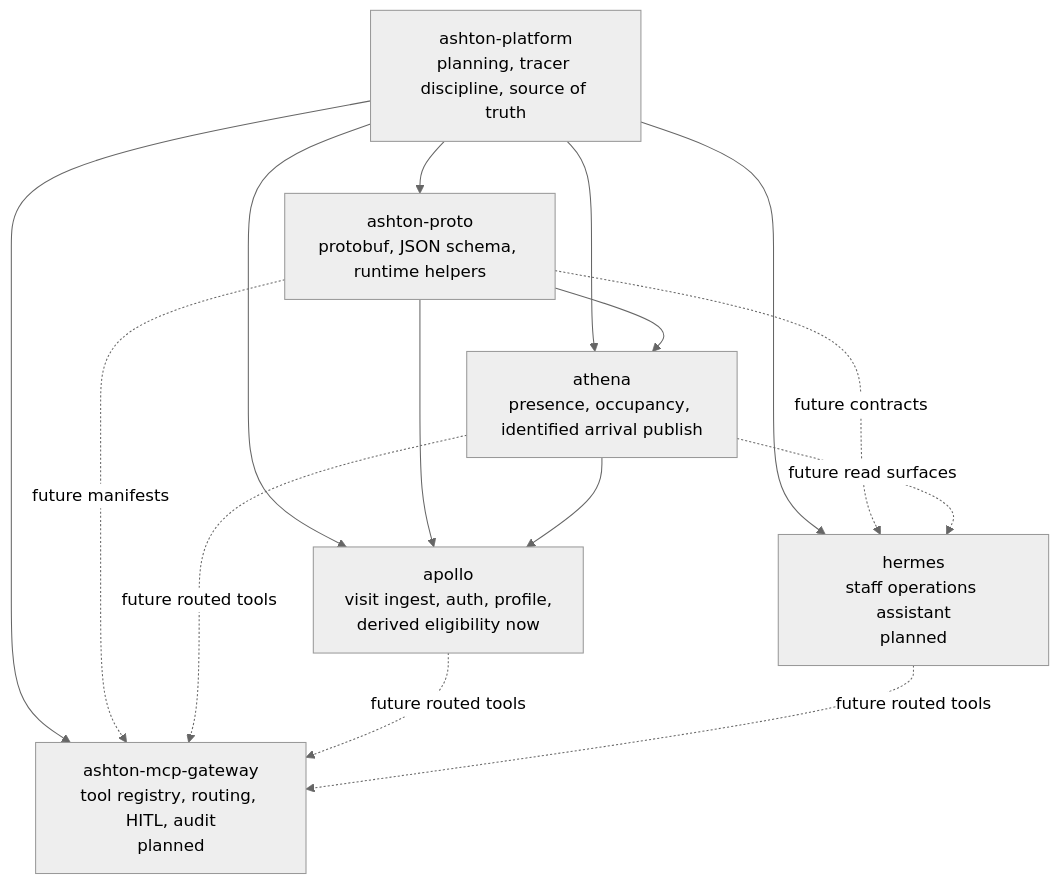
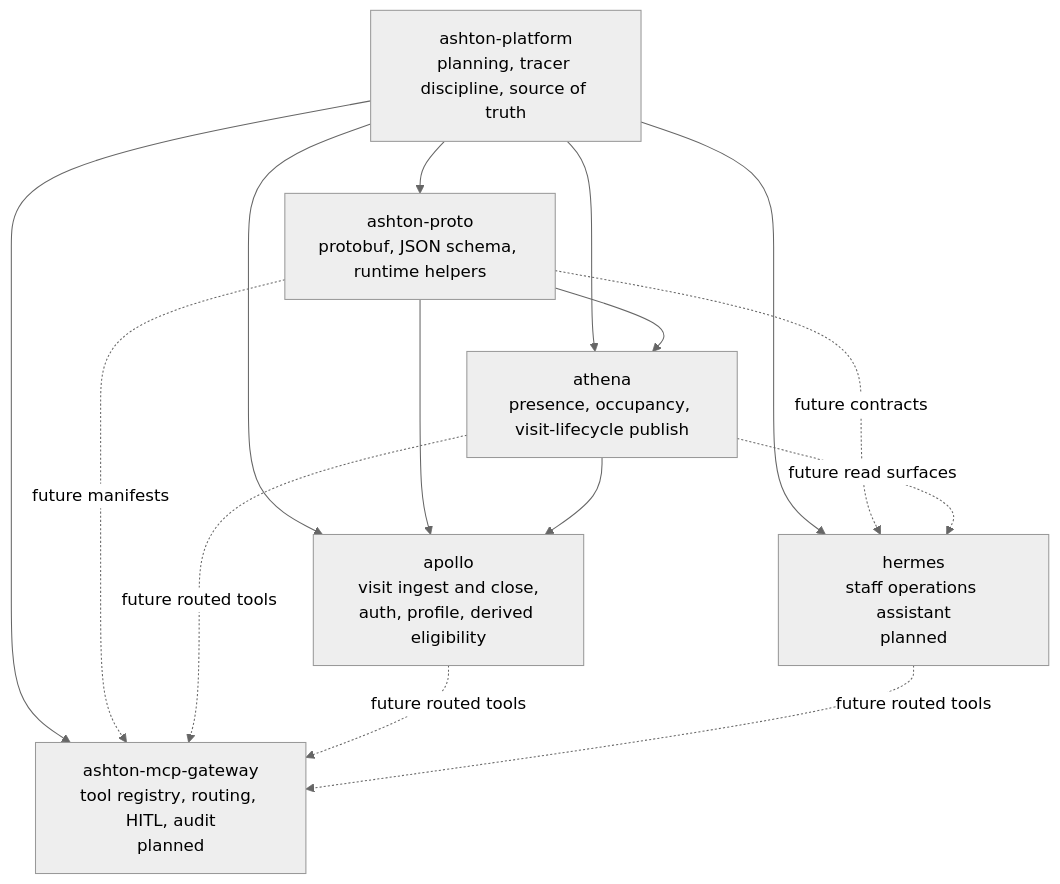
One commit to ixxet/ashton-platform changed the first of 2 diagrams in README.md. Above: the diagram before and after it, drawn with Mermaid (neutral theme). The commit also changed other lines of this file and 7 other files, not shown here.

````diff
--- a/README.md
+++ b/README.md
@@ -28,26 +28,26 @@
 ```mermaid
 flowchart TD
   platform["ashton-platform<br/>planning, tracer discipline, source of truth"]
   proto["ashton-proto<br/>protobuf, JSON schema, runtime helpers"]
-  athena["athena<br/>presence, occupancy, identified arrival publish"]
-  apollo["apollo<br/>visit ingest, auth, profile,<br/>derived eligibility now"]
+  athena["athena<br/>presence, occupancy, visit-lifecycle publish"]
+  apollo["apollo<br/>visit ingest and close,<br/>auth, profile, derived eligibility"]
   hermes["hermes<br/>staff operations assistant<br/>planned"]
   gateway["ashton-mcp-gateway<br/>tool registry, routing, HITL, audit<br/>planned"]
 
   platform --> proto
   platform --> athena
   platform --> apollo
   platform --> hermes
   platform --> gateway
 
   proto --> athena
   proto --> apollo
   proto -. future contracts .-> hermes
   proto -. future manifests .-> gateway
 
   athena --> apollo
   athena -. future read surfaces .-> hermes
   athena -. future routed tools .-> gateway
   apollo -. future routed tools .-> gateway
   hermes -. future routed tools .-> gateway
 ```
````
